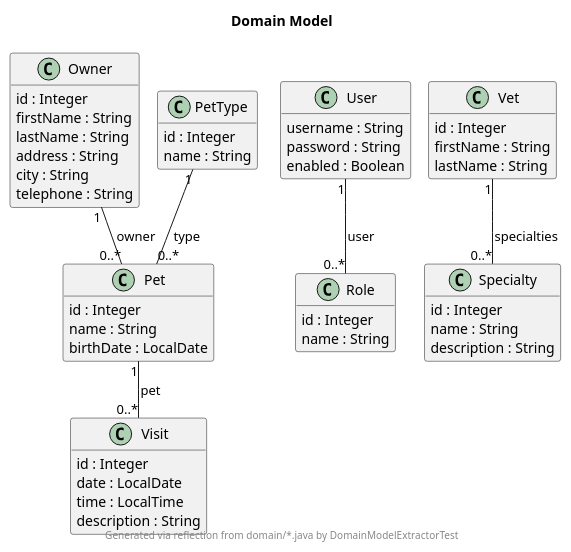
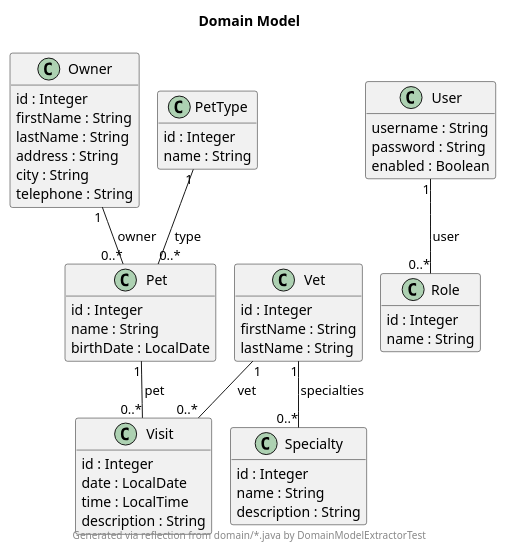
The diagram in petclinic-backend/docs/generated/DomainModel.puml (victorrentea/petclinic), drawn with PlantUML before and after one commit. The commit also changed 34 other files, not shown here.

First line of the commit message:
feat(visits): link a visit to the vet that attended it

```diff
--- a/petclinic-backend/docs/generated/DomainModel.puml
+++ b/petclinic-backend/docs/generated/DomainModel.puml
@@ -1,59 +1,60 @@
 @startuml
 !pragma layout smetana
 
 title Domain Model
 footer Generated via reflection from domain/*.java by DomainModelExtractorTest
 
 hide empty members
 skinparam classAttributeIconSize 0
 
 class Owner {
   id : Integer
   firstName : String
   lastName : String
   address : String
   city : String
   telephone : String
 }
 class Pet {
   id : Integer
   name : String
   birthDate : LocalDate
 }
 class PetType {
   id : Integer
   name : String
 }
 class Role {
   id : Integer
   name : String
 }
 class Specialty {
   id : Integer
   name : String
   description : String
 }
 class User {
   username : String
   password : String
   enabled : Boolean
 }
 class Vet {
   id : Integer
   firstName : String
   lastName : String
 }
 class Visit {
   id : Integer
   date : LocalDate
   time : LocalTime
   description : String
 }
 
 Owner "1" -- "0..*" Pet : owner
 Pet "1" -- "0..*" Visit : pet
 PetType "1" -- "0..*" Pet : type
 User "1" -- "0..*" Role : user
 Vet "1" -- "0..*" Specialty : specialties
+Vet "1" -- "0..*" Visit : vet
 
 @enduml
```
